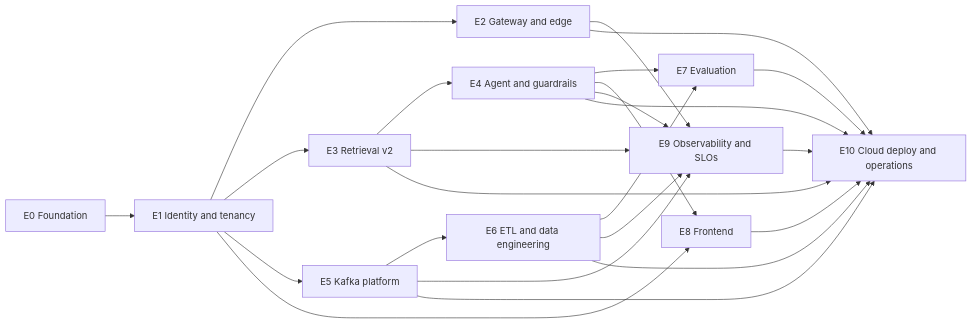
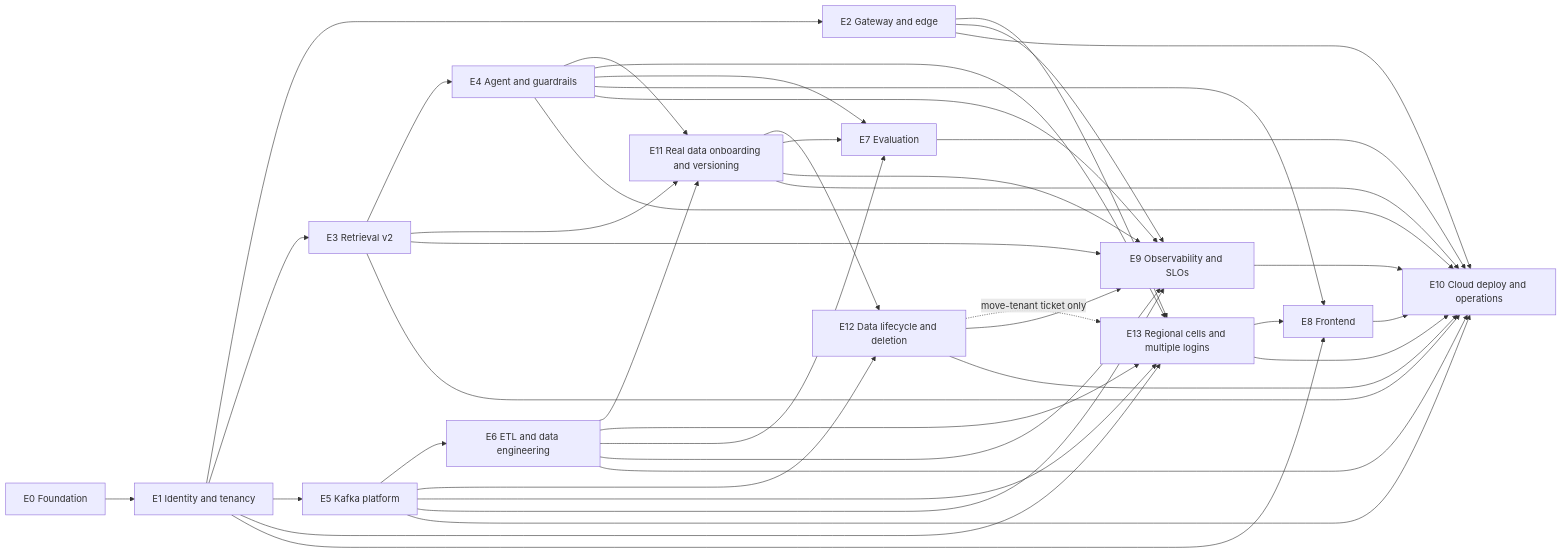
Before and after one commit to Keshav0375/sage: the diagram in context/projects/finadvisor/arch/plan.md, drawn with Mermaid. The commit also changed other lines of this file and 37 other files, not shown here.

````diff
--- a/context/projects/finadvisor/arch/plan.md
+++ b/context/projects/finadvisor/arch/plan.md
@@ -17,26 +24,44 @@
 ```mermaid
 flowchart LR
     E0["E0 Foundation"] --> E1["E1 Identity and tenancy"]
     E1 --> E2["E2 Gateway and edge"]
     E1 --> E3["E3 Retrieval v2"]
     E1 --> E5["E5 Kafka platform"]
     E3 --> E4["E4 Agent and guardrails"]
     E5 --> E6["E6 ETL and data engineering"]
+    E3 --> E11["E11 Real data onboarding and versioning"]
+    E4 --> E11
+    E6 --> E11
+    E11 --> E12["E12 Data lifecycle and deletion"]
+    E5 --> E12
+    E1 --> E13["E13 Regional cells and multiple logins"]
+    E2 --> E13
+    E4 --> E13
+    E5 --> E13
+    E6 --> E13
+    E12 -.->|"move-tenant ticket only"| E13
     E4 --> E7["E7 Evaluation"]
     E6 --> E7
+    E11 --> E7
     E1 --> E8["E8 Frontend"]
     E4 --> E8
+    E13 --> E8
     E2 --> E9["E9 Observability and SLOs"]
     E3 --> E9
     E4 --> E9
     E5 --> E9
     E6 --> E9
+    E11 --> E9
+    E12 --> E9
     E2 --> E10["E10 Cloud deploy and operations"]
     E3 --> E10
     E4 --> E10
     E5 --> E10
     E6 --> E10
     E7 --> E10
     E8 --> E10
     E9 --> E10
+    E11 --> E10
+    E12 --> E10
+    E13 --> E10
 ```
````
